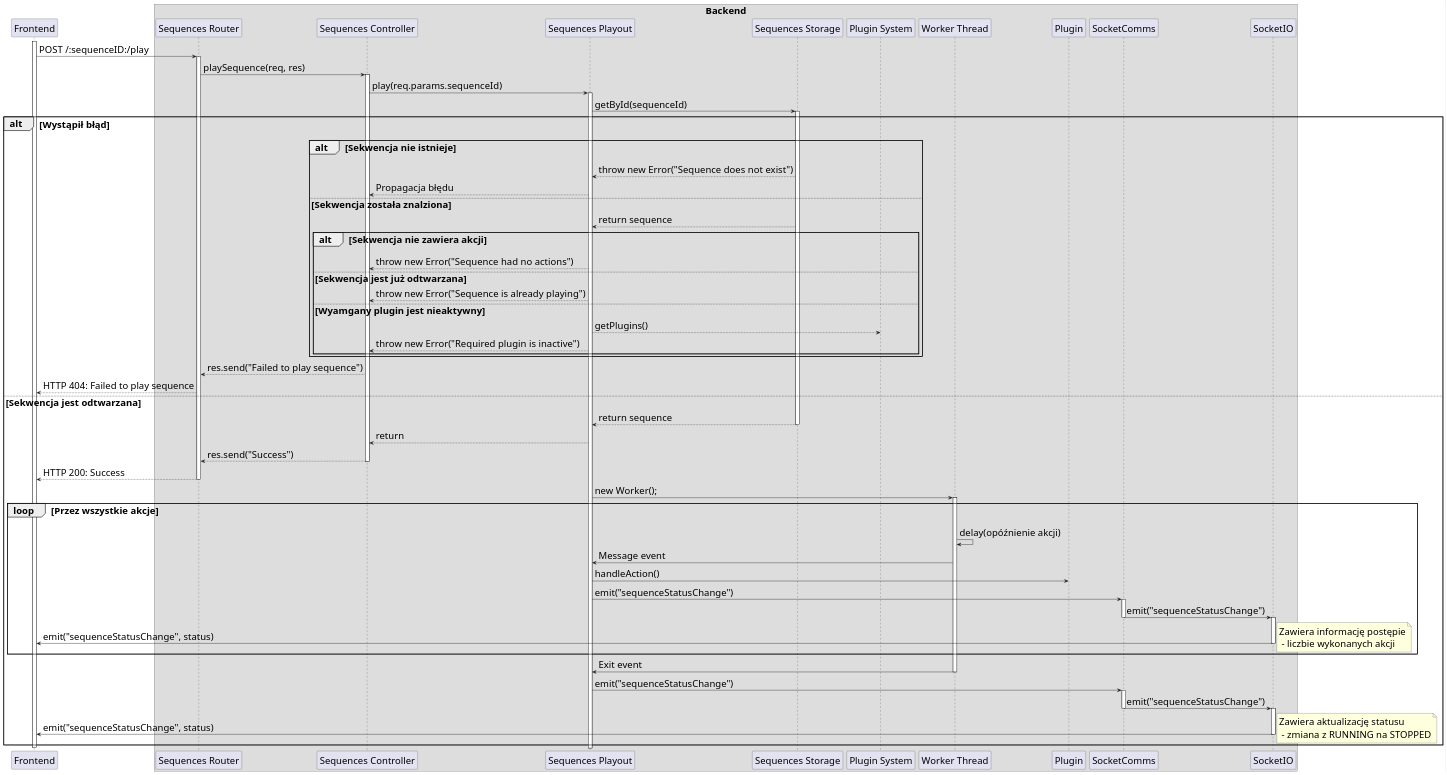
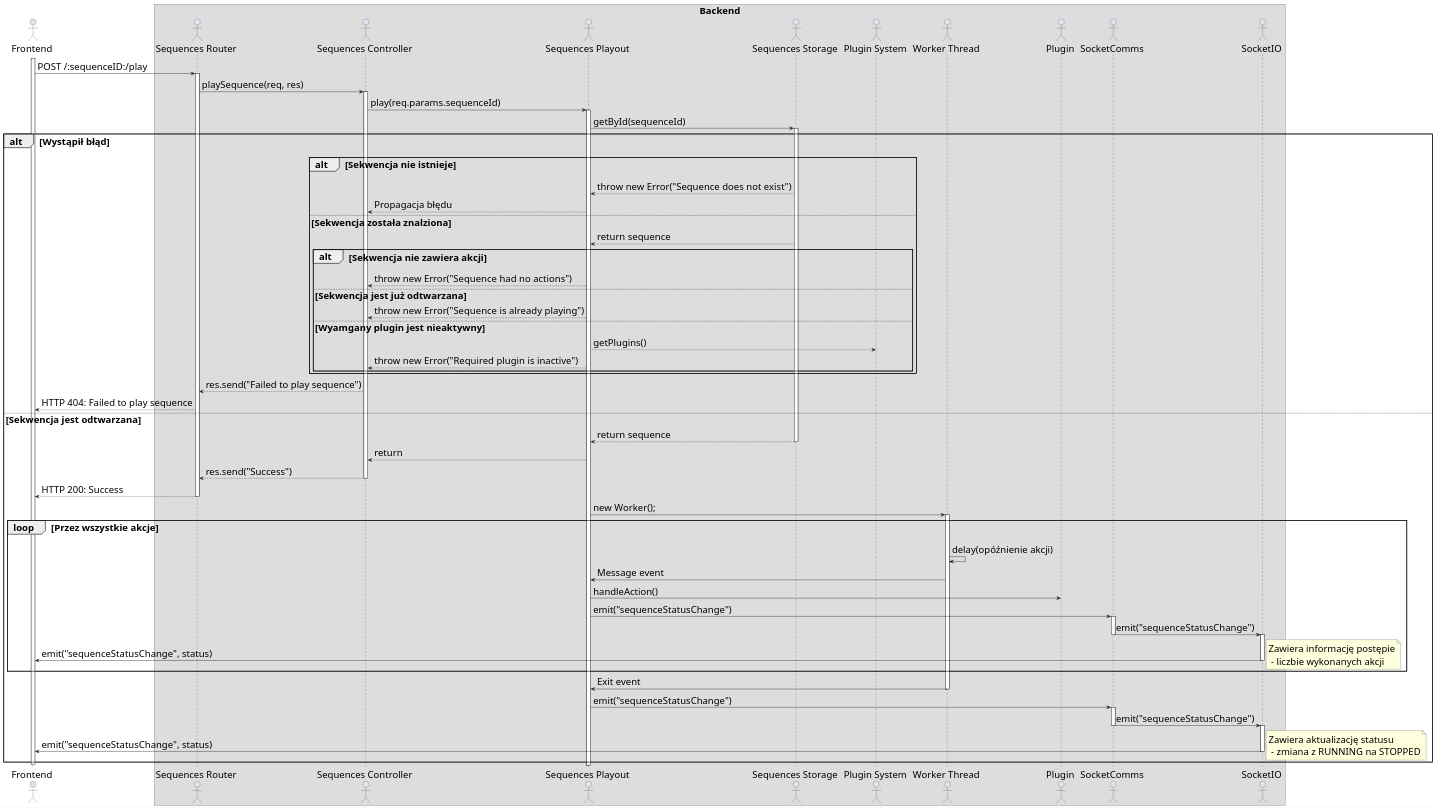
Before and after one commit to pjaspinski/sequences: the diagram in uml-diagrams/play-sequence-be-diagram.puml, drawn with PlantUML. The commit also changed 4 other files, not shown here.

Commit message:
Sequence diagrams update

```diff
--- a/uml-diagrams/play-sequence-be-diagram.puml
+++ b/uml-diagrams/play-sequence-be-diagram.puml
@@ -1,89 +1,89 @@
 @startuml
 skinparam DefaultFontSize 25
 
-participant Frontend
+actor Frontend
 
 box "Backend"
-participant "Sequences Router" as Router
-participant "Sequences Controller" as Controller
-participant "Sequences Playout" as Playout
-participant "Sequences Storage" as Storage
-participant "Plugin System" as Plugins
-participant "Worker Thread" as WT
-participant Plugin
-participant SocketComms
-participant SocketIO
+actor "Sequences Router" as Router
+actor "Sequences Controller" as Controller
+actor "Sequences Playout" as Playout
+actor "Sequences Storage" as Storage
+actor "Plugin System" as Plugins
+actor "Worker Thread" as WT
+actor Plugin
+actor SocketComms
+actor SocketIO
 end box
 
 activate Frontend
 Frontend -> Router: POST /:sequenceID:/play
 activate Router
 Router -> Controller: playSequence(req, res)
 activate Controller
 Controller -> Playout: play(req.params.sequenceId)
 activate Playout
 Playout -> Storage: getById(sequenceId)
 activate Storage
 
 alt Wystąpił błąd
 
     alt Sekwencja nie istnieje
     Storage --> Playout: throw new Error("Sequence does not exist")
     Playout --> Controller: Propagacja błędu
     else Sekwencja została znalziona
     Storage --> Playout: return sequence
 
         alt Sekwencja nie zawiera akcji
         Playout --> Controller: throw new Error("Sequence had no actions")
         else Sekwencja jest już odtwarzana
         Playout --> Controller: throw new Error("Sequence is already playing")
         else Wyamgany plugin jest nieaktywny
         Playout --> Plugins: getPlugins()
         Playout --> Controller: throw new Error("Required plugin is inactive")
         end
 
     end
 
 Controller --> Router: res.send("Failed to play sequence")
 Router --> Frontend: HTTP 404: Failed to play sequence
 
 else Sekwencja jest odtwarzana
 Storage --> Playout: return sequence
 deactivate Storage
 Playout --> Controller: return
 Controller --> Router: res.send("Success")
 deactivate Controller
 Router --> Frontend: HTTP 200: Success
 deactivate Router
 
 Playout -> WT: new Worker();
 activate WT
 loop Przez wszystkie akcje
 WT -> WT: delay(opóźnienie akcji)
 WT -> Playout: Message event
 Playout -> Plugin: handleAction()
 Playout -> SocketComms: emit("sequenceStatusChange")
 activate SocketComms
 SocketComms -> SocketIO: emit("sequenceStatusChange")
 deactivate SocketComms
 activate SocketIO
 SocketIO -> Frontend: emit("sequenceStatusChange", status)
 note right: Zawiera informację postępie\n - liczbie wykonanych akcji 
 deactivate SocketIO
 end
 
 WT -> Playout: Exit event
 deactivate WT
 Playout -> SocketComms: emit("sequenceStatusChange")
 activate SocketComms
 SocketComms -> SocketIO: emit("sequenceStatusChange")
 deactivate SocketComms
 activate SocketIO
 SocketIO -> Frontend: emit("sequenceStatusChange", status)
 note right: Zawiera aktualizację statusu\n - zmiana z RUNNING na STOPPED 
 deactivate SocketIO
 end
 
 deactivate Frontend
 
 @enduml
```
